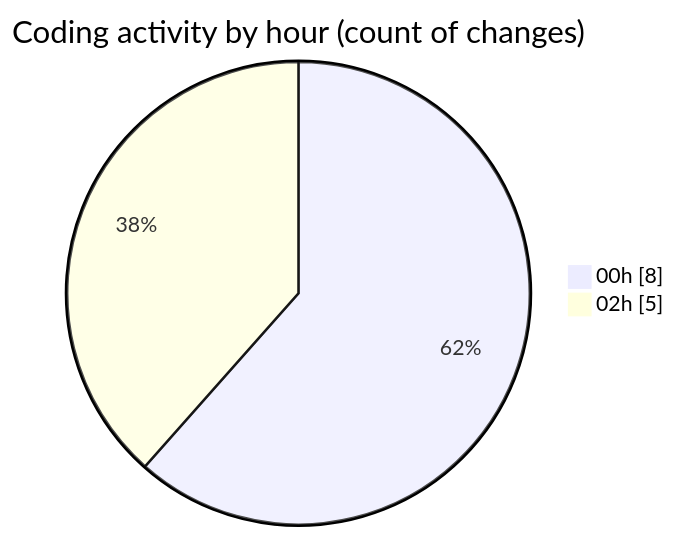
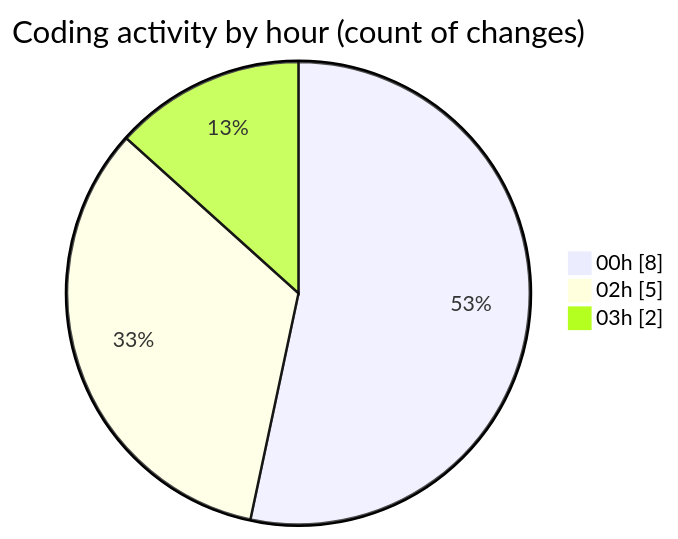
Before and after one commit to momahboobian/code-tracking: the second of 2 diagrams in 2025-02-23/samplepdf/README.md, drawn with Mermaid. The commit also changed other lines of this file and 1 other file, not shown here.

````diff
--- a/2025-02-23/samplepdf/README.md
+++ b/2025-02-23/samplepdf/README.md
@@ -33,6 +34,7 @@
 ```mermaid
 pie showData
 title Coding activity by hour (count of changes)
 "00h" : 8
 "02h" : 5
+"03h" : 2
 ```
````
